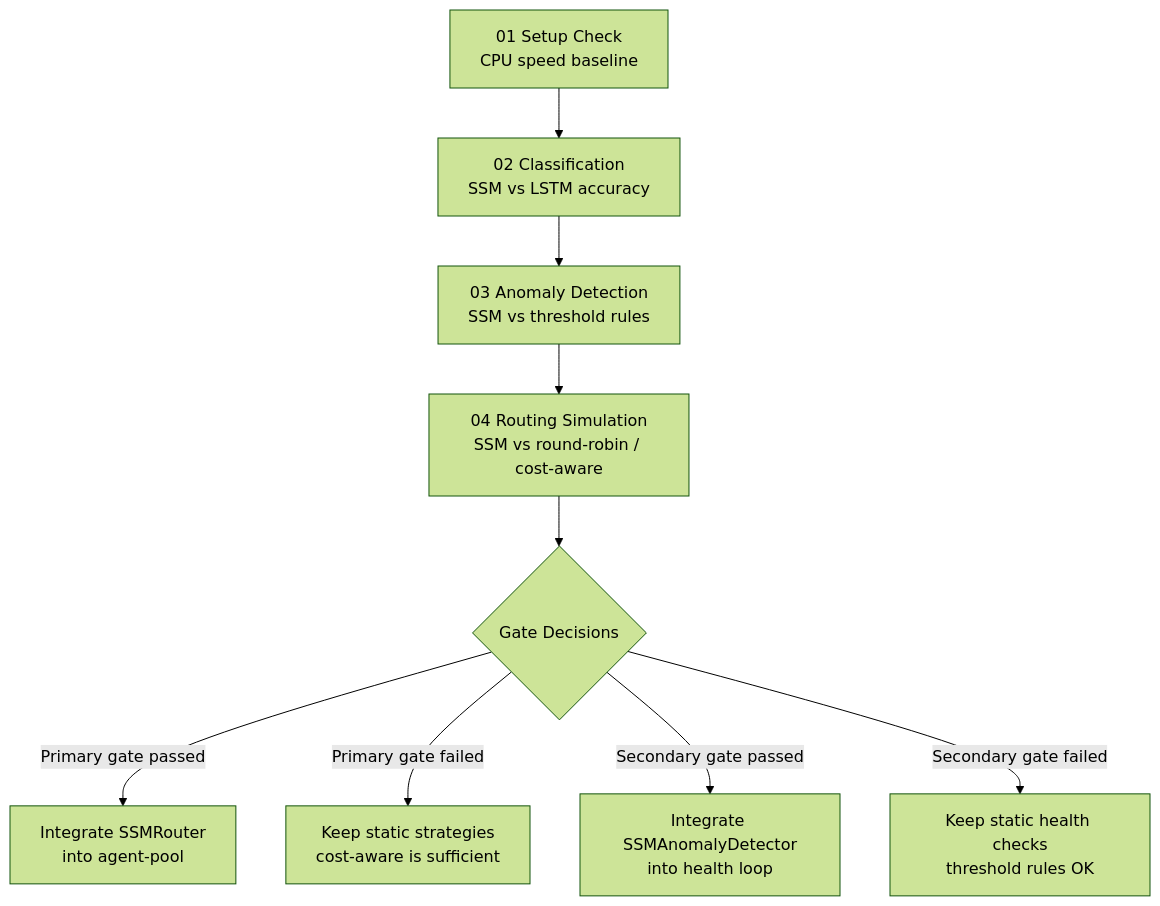
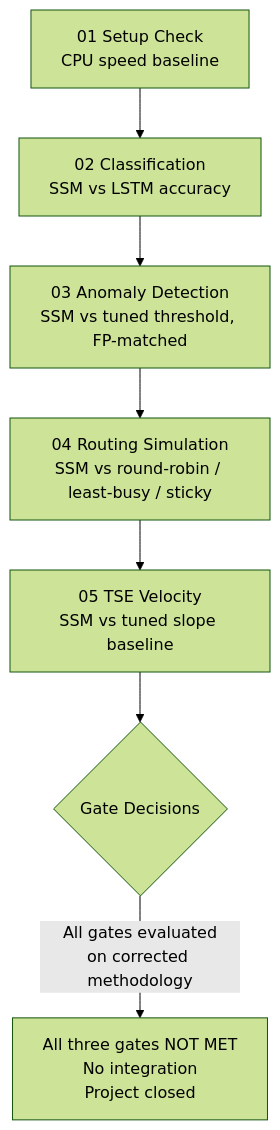
One commit to tarazum/mamba-playground changed the first of 3 diagrams in docs/experiment_results_analysis.md. Above: the diagram before and after it, drawn with Mermaid (forest theme). The commit also changed other lines of this file and 13 other files, not shown here.

First line of the commit message:
final audit: fix baselines and methodology; all gates NOT MET; project closed

````diff
--- a/docs/experiment_results_analysis.md
+++ b/docs/experiment_results_analysis.md
@@ -55,11 +61,9 @@
 ```mermaid
 flowchart TD
     A[01 Setup Check\nCPU speed baseline] --> B[02 Classification\nSSM vs LSTM accuracy]
-    B --> C[03 Anomaly Detection\nSSM vs threshold rules]
-    C --> D[04 Routing Simulation\nSSM vs round-robin / cost-aware]
-    D --> E{Gate Decisions}
-    E -->|Primary gate passed| F[Integrate SSMRouter\ninto agent-pool]
-    E -->|Primary gate failed| G[Keep static strategies\ncost-aware is sufficient]
-    E -->|Secondary gate passed| H[Integrate SSMAnomalyDetector\ninto health loop]
-    E -->|Secondary gate failed| I[Keep static health checks\nthreshold rules OK]
+    B --> C[03 Anomaly Detection\nSSM vs tuned threshold, FP-matched]
+    C --> D[04 Routing Simulation\nSSM vs round-robin / least-busy / sticky]
+    D --> F[05 TSE Velocity\nSSM vs tuned slope baseline]
+    F --> E{Gate Decisions}
+    E -->|All gates evaluated\non corrected methodology| G[All three gates NOT MET\nNo integration\nProject closed]
 ```
````
